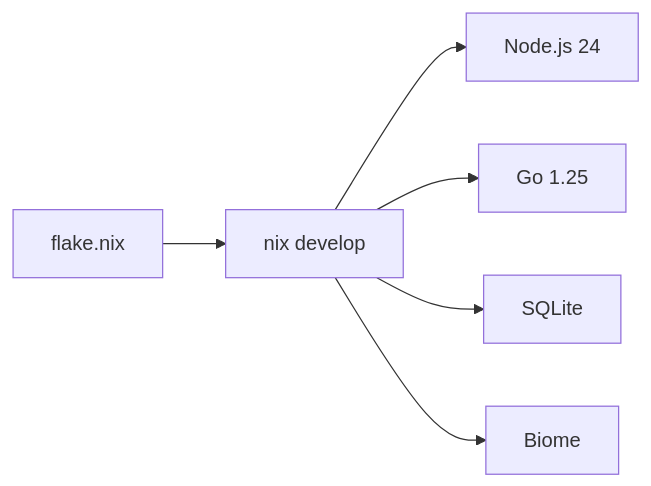
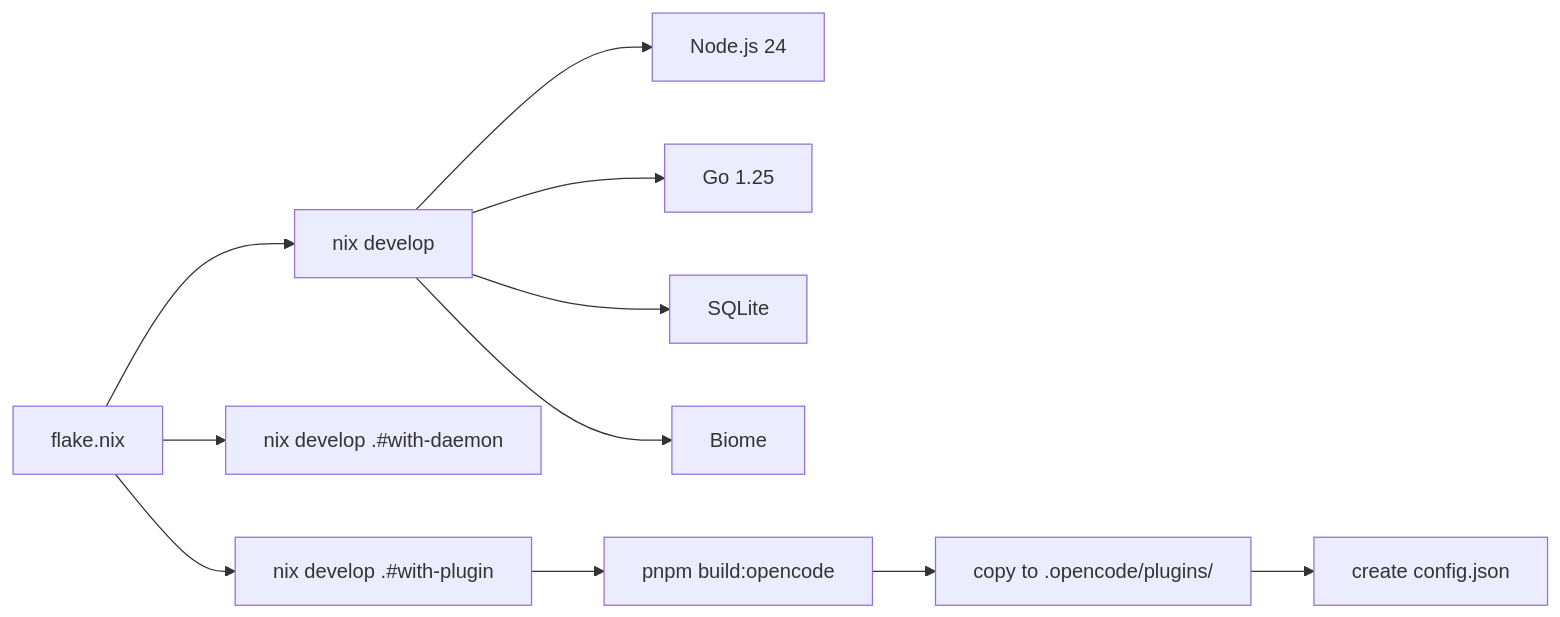
The diagram in lode/dev-environment.md (dxta-dev/clankers), drawn with Mermaid before and after one commit. The commit also changed other lines of this file and 6 other files, not shown here.

````diff
--- a/lode/dev-environment.md
+++ b/lode/dev-environment.md
@@ -74,8 +124,13 @@
 ```mermaid
 flowchart LR
   Flake[flake.nix] --> Shell[nix develop]
+  Flake --> WithDaemon[nix develop .#with-daemon]
+  Flake --> WithPlugin[nix develop .#with-plugin]
   Shell --> Node[Node.js 24]
   Shell --> Go[Go 1.25]
   Shell --> SQLite[SQLite]
   Shell --> Biome[Biome]
+  WithPlugin --> Build[pnpm build:opencode]
+  Build --> Copy[copy to .opencode/plugins/]
+  Copy --> Config[create config.json]
 ```
````
